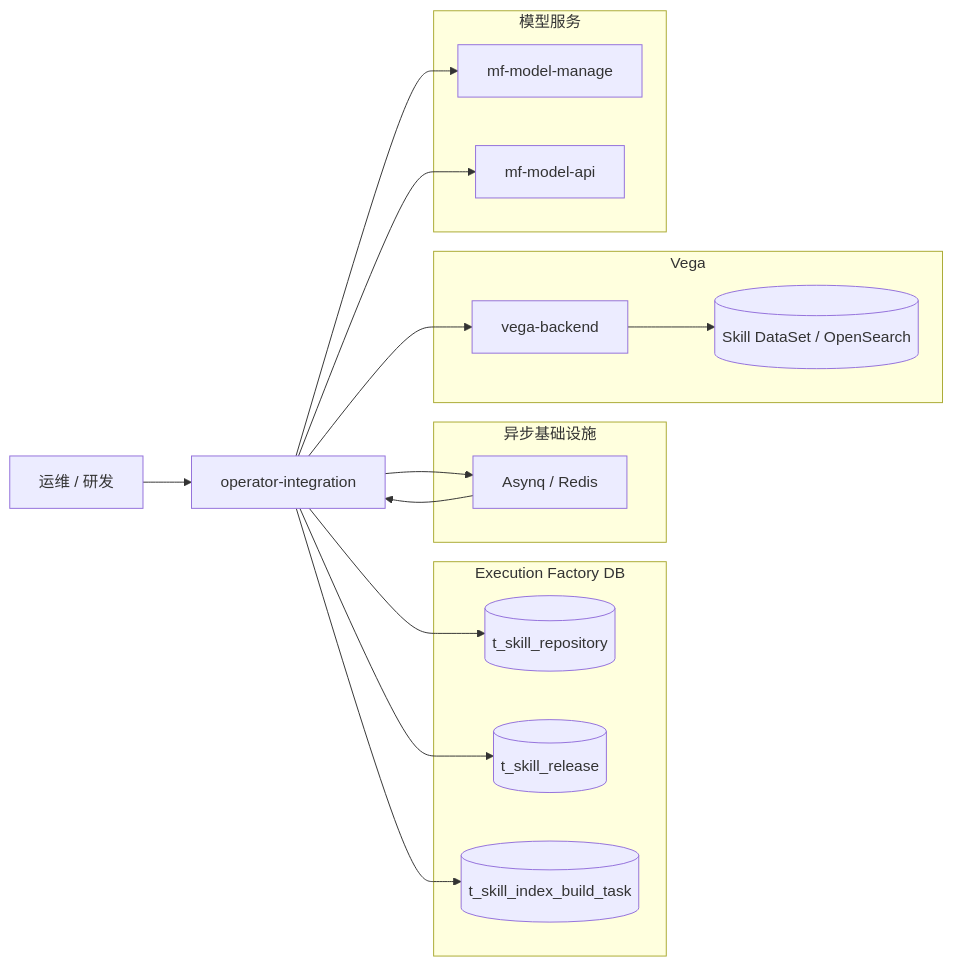
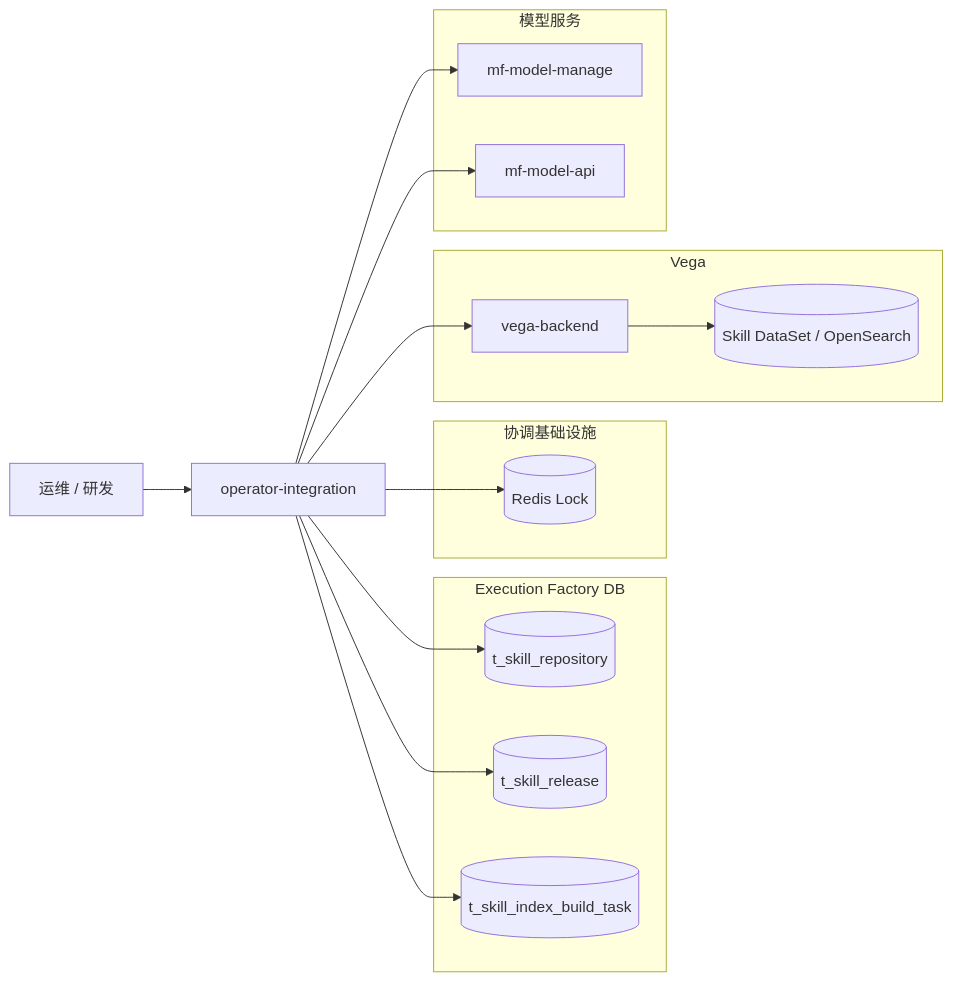
One commit to kweaver-ai/kweaver-core changed the first of 4 diagrams in adp/execution-factory/operator-integration/docs/design/features/skill_dataset_rebuild_and_incremental_build.md. Above: the diagram before and after it, drawn with Mermaid. The commit also changed other lines of this file and 3 other files, not shown here.

````diff
--- a/adp/execution-factory/operator-integration/docs/design/features/skill_dataset_rebuild_and_incremental_build.md
+++ b/adp/execution-factory/operator-integration/docs/design/features/skill_dataset_rebuild_and_incremental_build.md
@@ -79,34 +71,33 @@
 ```mermaid
 flowchart LR
     U[运维 / 研发] --> OI[operator-integration]
 
     subgraph EFDB[Execution Factory DB]
         SR[(t_skill_repository)]
         SL[(t_skill_release)]
         ST[(t_skill_index_build_task)]
     end
 
-    subgraph MQ[异步基础设施]
-        AQ[Asynq / Redis]
+    subgraph CACHE[协调基础设施]
+        R[(Redis Lock)]
     end
 
     subgraph VEGA[Vega]
         VB[vega-backend]
         DS[(Skill DataSet / OpenSearch)]
     end
 
     subgraph MODEL[模型服务]
         MM[mf-model-manage]
         MA[mf-model-api]
     end
 
     OI --> SR
     OI --> SL
     OI --> ST
-    OI --> AQ
-    AQ --> OI
+    OI --> R
     OI --> MM
     OI --> MA
     OI --> VB
     VB --> DS
 ```
````
